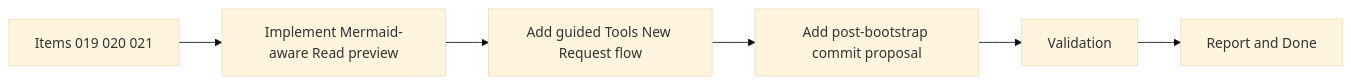
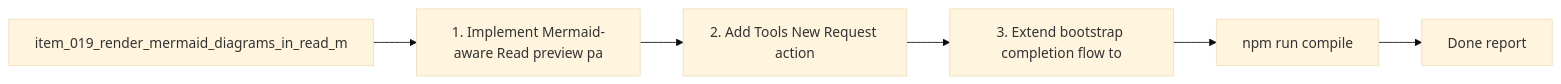
One commit to AlexAgo83/logics-manager changed the diagram in logics/tasks/task_020_orchestration_delivery_for_req_019_req_020_and_req_021.md. Above: the diagram before and after it, drawn with Mermaid (base theme). The commit also changed other lines of this file and 481 other files, not shown here.

````diff
--- a/logics/tasks/task_020_orchestration_delivery_for_req_019_req_020_and_req_021.md
+++ b/logics/tasks/task_020_orchestration_delivery_for_req_019_req_020_and_req_021.md
@@ -25,9 +25,10 @@
 ```mermaid
+%% logics-kind: task
 %% logics-signature: task|orchestration-delivery-for-req-019-req-0|item-019-render-mermaid-diagrams-in-read|1-implement-mermaid-aware-read-preview-p|npm-run-compile
 flowchart LR
-    Backlog[Items 019 020 021] --> Step1[Implement Mermaid-aware Read preview]
-    Step1 --> Step2[Add guided Tools New Request flow]
-    Step2 --> Step3[Add post-bootstrap commit proposal]
-    Step3 --> Validation[Validation]
-    Validation --> Report[Report and Done]
+    Backlog[item_019_render_mermaid_diagrams_in_read_m] --> Step1[1. Implement Mermaid-aware Read preview pa]
+    Step1 --> Step2[2. Add Tools New Request action]
+    Step2 --> Step3[3. Extend bootstrap completion flow to]
+    Step3 --> Validation[npm run compile]
+    Validation --> Report[Done report]
 ```
````
